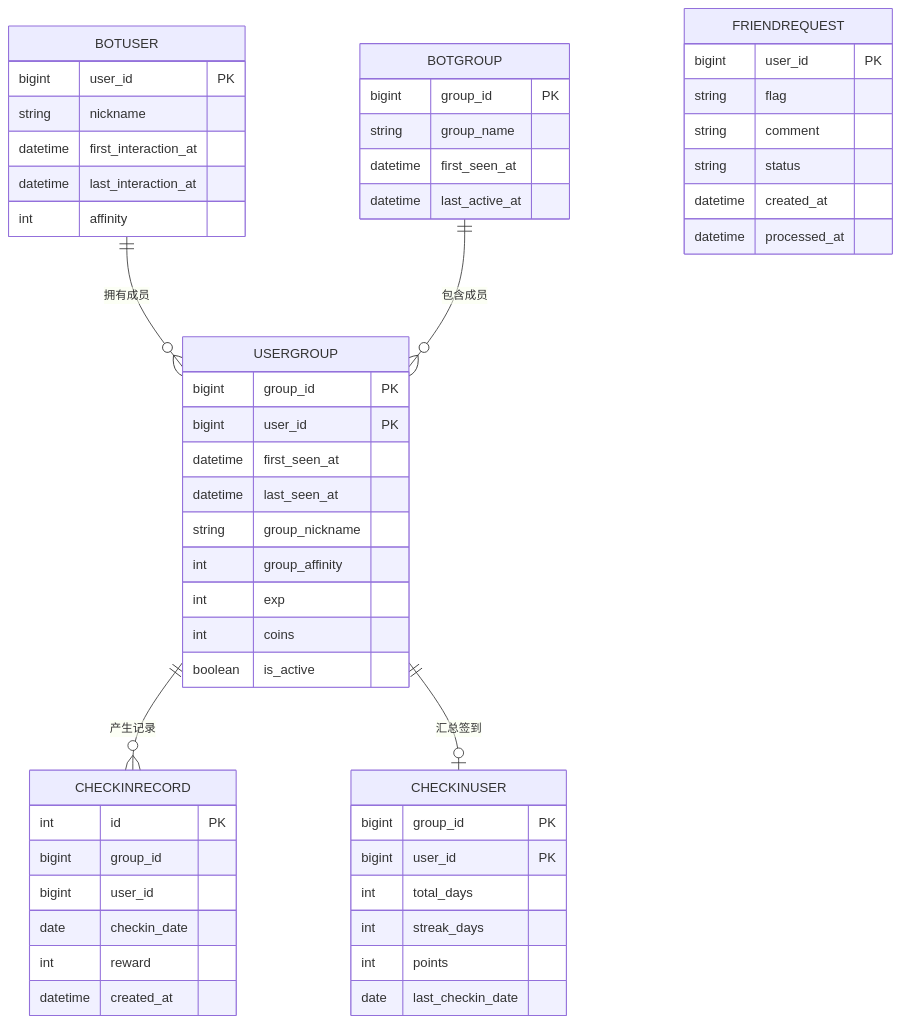
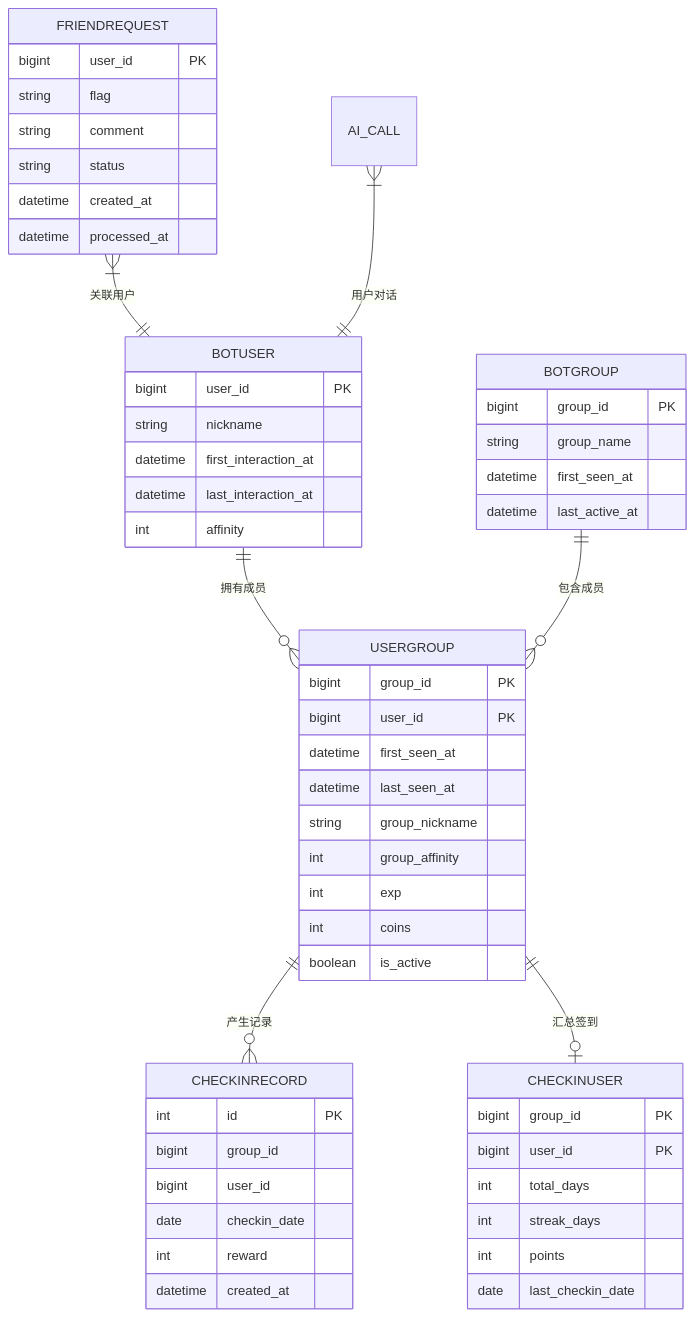
Before and after one commit to Wohaokunr/yawn_bot: the eighth of 8 diagrams in .qoder/repowiki/zh/content/核心功能模块/核心功能模块.md, drawn with Mermaid. The commit also changed other lines of this file and 13 other files, not shown here.

````diff
--- a/.qoder/repowiki/zh/content/核心功能模块/核心功能模块.md
+++ b/.qoder/repowiki/zh/content/核心功能模块/核心功能模块.md
@@ -276,55 +335,57 @@
 ```mermaid
 erDiagram
 BOTUSER {
 bigint user_id PK
 string nickname
 datetime first_interaction_at
 datetime last_interaction_at
 int affinity
 }
 BOTGROUP {
 bigint group_id PK
 string group_name
 datetime first_seen_at
 datetime last_active_at
 }
 USERGROUP {
 bigint group_id PK
 bigint user_id PK
 datetime first_seen_at
 datetime last_seen_at
 string group_nickname
 int group_affinity
 int exp
 int coins
 boolean is_active
 }
 CHECKINRECORD {
 int id PK
 bigint group_id
 bigint user_id
 date checkin_date
 int reward
 datetime created_at
 }
 CHECKINUSER {
 bigint group_id PK
 bigint user_id PK
 int total_days
 int streak_days
 int points
 date last_checkin_date
 }
 FRIENDREQUEST {
 bigint user_id PK
 string flag
 string comment
 string status
 datetime created_at
 datetime processed_at
 }
 BOTUSER ||--o{ USERGROUP : "拥有成员"
 BOTGROUP ||--o{ USERGROUP : "包含成员"
 USERGROUP ||--o{ CHECKINRECORD : "产生记录"
 USERGROUP ||--o| CHECKINUSER : "汇总签到"
+FRIENDREQUEST }|--|| BOTUSER : "关联用户"
+AI_CALL }|--|| BOTUSER : "用户对话"
 ```
````
